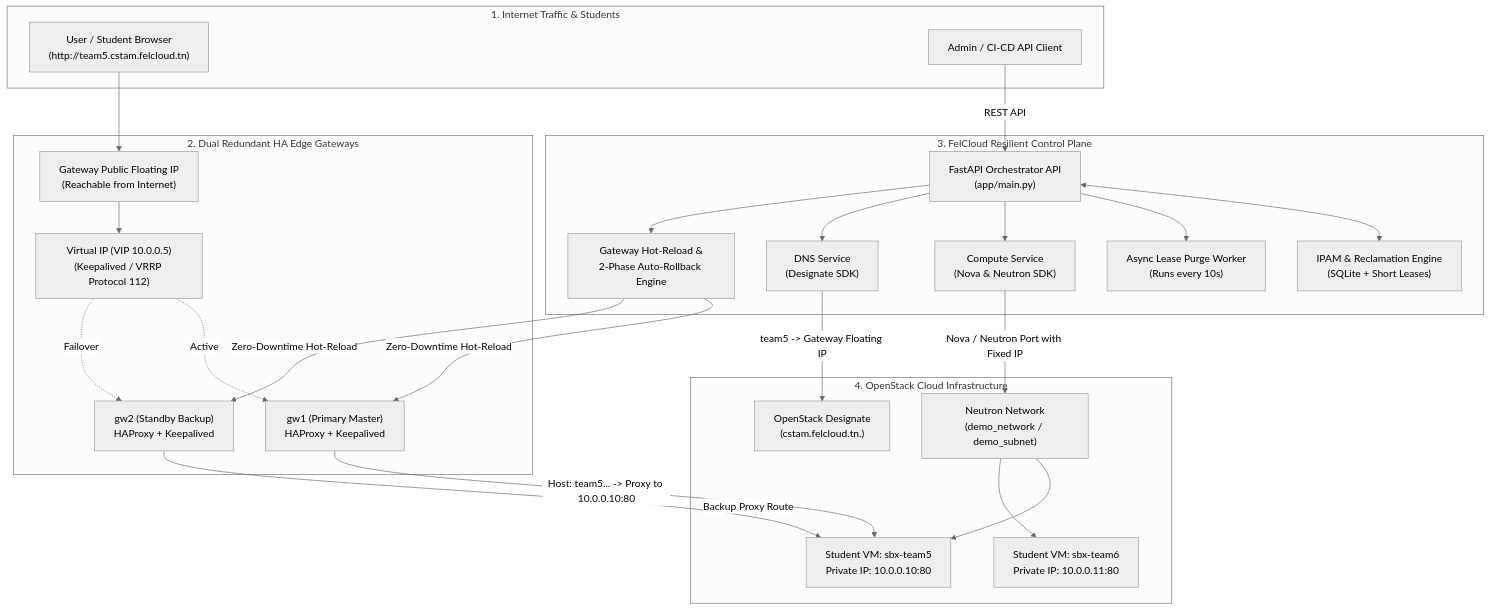
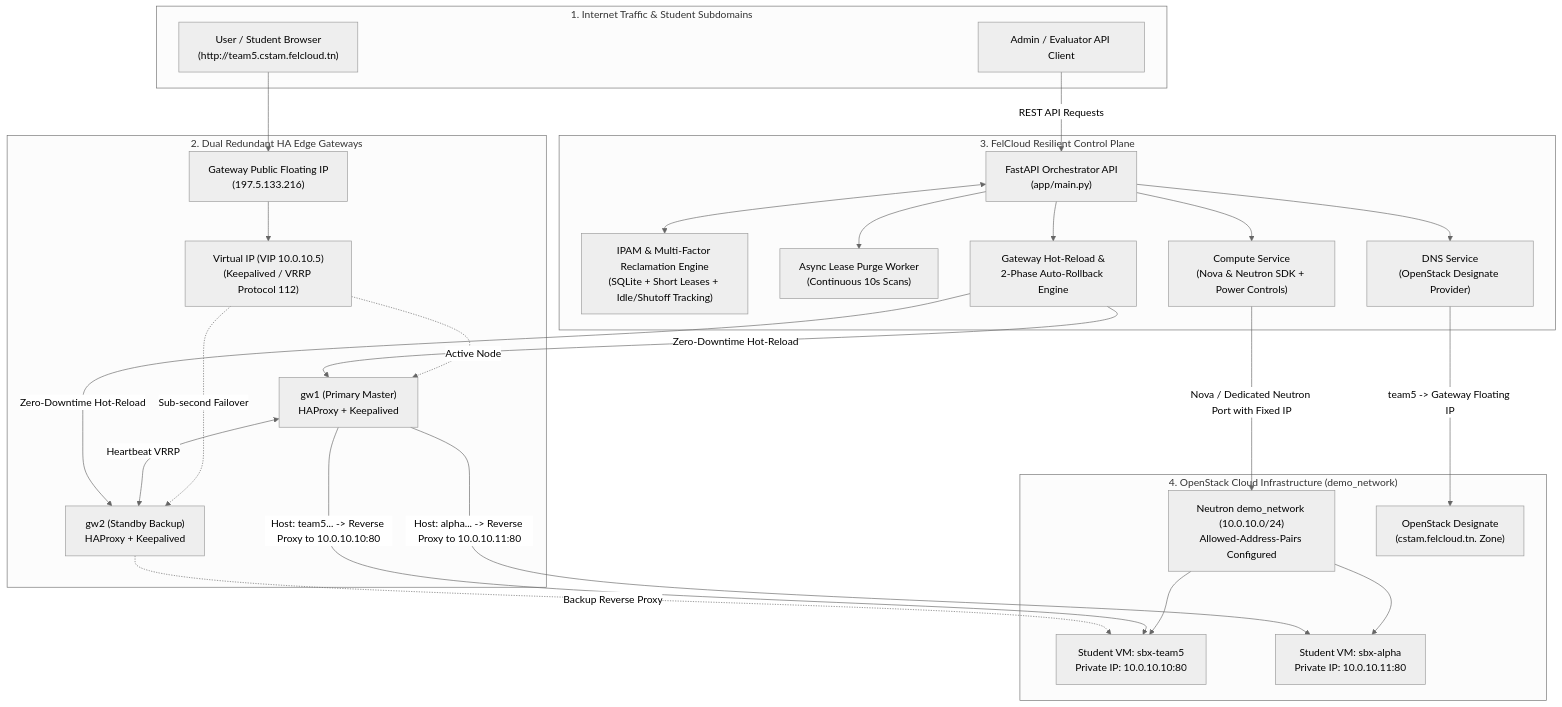
Before and after one commit to Ahmed-Aziz-Hssairi/CSTAM_CLOUD: the first of 3 diagrams in ARCHITECTURE_PHASE1.md, drawn with Mermaid (neutral theme). The commit also changed other lines of this file and 8 other files, not shown here.

Commit message:
feat(phase1): complete MVP implementation, multi-factor IPAM recycling, HA gateways failover & full architecture documentation

````diff
--- a/ARCHITECTURE_PHASE1.md
+++ b/ARCHITECTURE_PHASE1.md
@@ -10,53 +10,55 @@
 ```mermaid
 flowchart TB
-    subgraph External_Traffic["1. Internet Traffic & Students"]
+    subgraph External_Traffic["1. Internet Traffic & Student Subdomains"]
         User["User / Student Browser\n(http://team5.cstam.felcloud.tn)"]
-        Admin["Admin / CI-CD API Client"]
+        Admin["Admin / Evaluator API Client"]
     end
 
     subgraph Edge_HA_Gateways["2. Dual Redundant HA Edge Gateways"]
-        FIP["Gateway Public Floating IP\n(Reachable from Internet)"]
-        VIP["Virtual IP (VIP 10.0.0.5)\n(Keepalived / VRRP Protocol 112)"]
+        FIP["Gateway Public Floating IP\n(197.5.133.216)"]
+        VIP["Virtual IP (VIP 10.0.10.5)\n(Keepalived / VRRP Protocol 112)"]
         GW1["gw1 (Primary Master)\nHAProxy + Keepalived"]
         GW2["gw2 (Standby Backup)\nHAProxy + Keepalived"]
         
         FIP --> VIP
-        VIP -.->|Active| GW1
-        VIP -.->|Failover| GW2
+        VIP -.->|Active Node| GW1
+        VIP -.->|Sub-second Failover| GW2
+        GW1 <-->|Heartbeat VRRP| GW2
     end
 
     subgraph FelCloud_Control_Plane["3. FelCloud Resilient Control Plane"]
         FastAPI["FastAPI Orchestrator API\n(app/main.py)"]
-        IPAM["IPAM & Reclamation Engine\n(SQLite + Short Leases)"]
-        Worker["Async Lease Purge Worker\n(Runs every 10s)"]
-        ComputeSvc["Compute Service\n(Nova & Neutron SDK)"]
-        DNSSvc["DNS Service\n(Designate SDK)"]
+        IPAM["IPAM & Multi-Factor Reclamation Engine\n(SQLite + Short Leases + Idle/Shutoff Tracking)"]
+        Worker["Async Lease Purge Worker\n(Continuous 10s Scans)"]
+        ComputeSvc["Compute Service\n(Nova & Neutron SDK + Power Controls)"]
+        DNSSvc["DNS Service\n(OpenStack Designate Provider)"]
         GWSvc["Gateway Hot-Reload &\n2-Phase Auto-Rollback Engine"]
     end
 
-    subgraph OpenStack_Infra["4. OpenStack Cloud Infrastructure"]
-        Neutron["Neutron Network\n(demo_network / demo_subnet)"]
-        Designate["OpenStack Designate\n(cstam.felcloud.tn.)"]
-        VM1["Student VM: sbx-team5\nPrivate IP: 10.0.0.10:80"]
-        VM2["Student VM: sbx-team6\nPrivate IP: 10.0.0.11:80"]
+    subgraph OpenStack_Infra["4. OpenStack Cloud Infrastructure (demo_network)"]
+        Neutron["Neutron demo_network (10.0.10.0/24)\nAllowed-Address-Pairs Configured"]
+        Designate["OpenStack Designate\n(cstam.felcloud.tn. Zone)"]
+        VM1["Student VM: sbx-team5\nPrivate IP: 10.0.10.10:80"]
+        VM2["Student VM: sbx-alpha\nPrivate IP: 10.0.10.11:80"]
     end
 
-    Admin -->|REST API| FastAPI
+    Admin -->|REST API Requests| FastAPI
     FastAPI <--> IPAM
     FastAPI --> Worker
     FastAPI --> ComputeSvc
     FastAPI --> DNSSvc
     FastAPI --> GWSvc
 
     DNSSvc -->|team5 -> Gateway Floating IP| Designate
-    ComputeSvc -->|Nova / Neutron Port with Fixed IP| Neutron
+    ComputeSvc -->|Nova / Dedicated Neutron Port with Fixed IP| Neutron
     Neutron --> VM1
     Neutron --> VM2
 
     GWSvc -->|Zero-Downtime Hot-Reload| GW1
     GWSvc -->|Zero-Downtime Hot-Reload| GW2
 
     User --> FIP
-    GW1 -->|Host: team5... -> Proxy to 10.0.0.10:80| VM1
-    GW2 -->|Backup Proxy Route| VM1
+    GW1 -->|Host: team5... -> Reverse Proxy to 10.0.10.10:80| VM1
+    GW1 -->|Host: alpha... -> Reverse Proxy to 10.0.10.11:80| VM2
+    GW2 -.->|Backup Reverse Proxy| VM1
 ```
````
